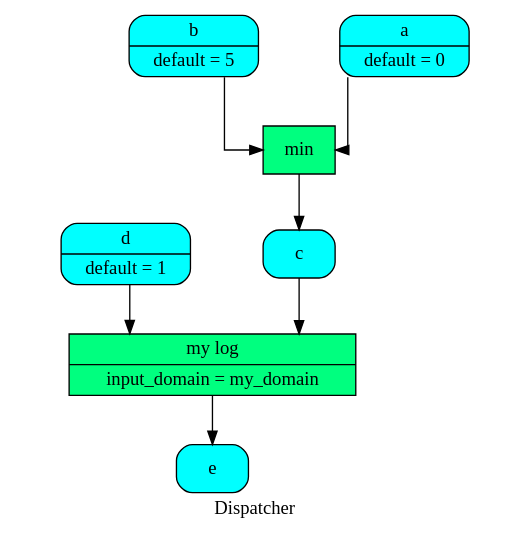
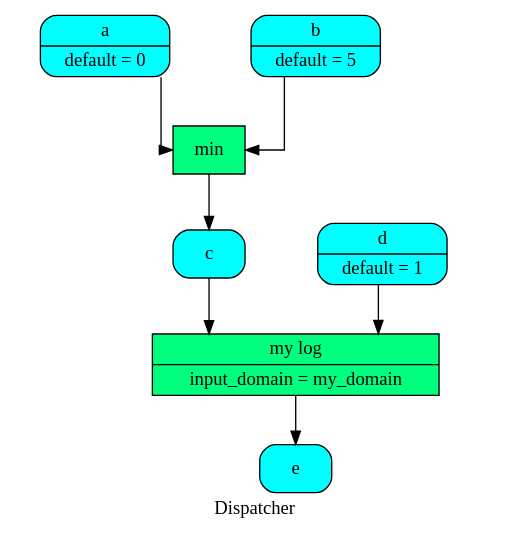
The diagram in doc/dispatcher/__init__/dispatch/dsp.dot (vinci1it2000/schedula), drawn with Graphviz before and after one commit. The commit also changed 27 other files, not shown here.

```diff
--- a/doc/dispatcher/__init__/dispatch/dsp.dot
+++ b/doc/dispatcher/__init__/dispatch/dsp.dot
@@ -1,19 +1,19 @@
 digraph Dispatcher {
 	graph [ratio=1]
 	node [style=filled]
 	label = "Dispatcher"
 	splines = ortho
-		Dispatcher_7064534807064601008 [label="{ min  }" fillcolor=springgreen shape=record]
-		Dispatcher_2454507358469954929 [label="{ d | default = 1 }" fillcolor=cyan shape=Mrecord]
-		Dispatcher_6185816497042703556 [label="{ b | default = 5 }" fillcolor=cyan shape=Mrecord]
-		"Dispatcher_-623183564480841321" [label="{ e  }" fillcolor=cyan shape=Mrecord]
-		"Dispatcher_-6053996528196385240" [label="{ c  }" fillcolor=cyan shape=Mrecord]
-		"Dispatcher_-4696413066832825702" [label="{ my log | input_domain = my_domain }" fillcolor=springgreen shape=record]
-		Dispatcher_2203997267912285163 [label="{ a | default = 0 }" fillcolor=cyan shape=Mrecord]
-			Dispatcher_7064534807064601008 -> "Dispatcher_-6053996528196385240"
-			Dispatcher_2454507358469954929 -> "Dispatcher_-4696413066832825702"
-			Dispatcher_6185816497042703556 -> Dispatcher_7064534807064601008
-			"Dispatcher_-6053996528196385240" -> "Dispatcher_-4696413066832825702"
-			"Dispatcher_-4696413066832825702" -> "Dispatcher_-623183564480841321"
-			Dispatcher_2203997267912285163 -> Dispatcher_7064534807064601008
+		Dispatcher_483858525469303520 [label="{ a | default = 0 }" fillcolor=cyan shape=Mrecord]
+		"Dispatcher_-8615329045557719745" [label="{ min  }" fillcolor=springgreen shape=record]
+		"Dispatcher_-8490501165579404505" [label="{ b | default = 5 }" fillcolor=cyan shape=Mrecord]
+		Dispatcher_6149185434875596330 [label="{ my log | input_domain = my_domain }" fillcolor=springgreen shape=record]
+		"Dispatcher_-2444876131868221513" [label="{ e  }" fillcolor=cyan shape=Mrecord]
+		Dispatcher_2483061293966101162 [label="{ c  }" fillcolor=cyan shape=Mrecord]
+		"Dispatcher_-4481680193965843537" [label="{ d | default = 1 }" fillcolor=cyan shape=Mrecord]
+			Dispatcher_483858525469303520 -> "Dispatcher_-8615329045557719745"
+			"Dispatcher_-8615329045557719745" -> Dispatcher_2483061293966101162
+			"Dispatcher_-8490501165579404505" -> "Dispatcher_-8615329045557719745"
+			Dispatcher_6149185434875596330 -> "Dispatcher_-2444876131868221513"
+			Dispatcher_2483061293966101162 -> Dispatcher_6149185434875596330
+			"Dispatcher_-4481680193965843537" -> Dispatcher_6149185434875596330
 }
```
